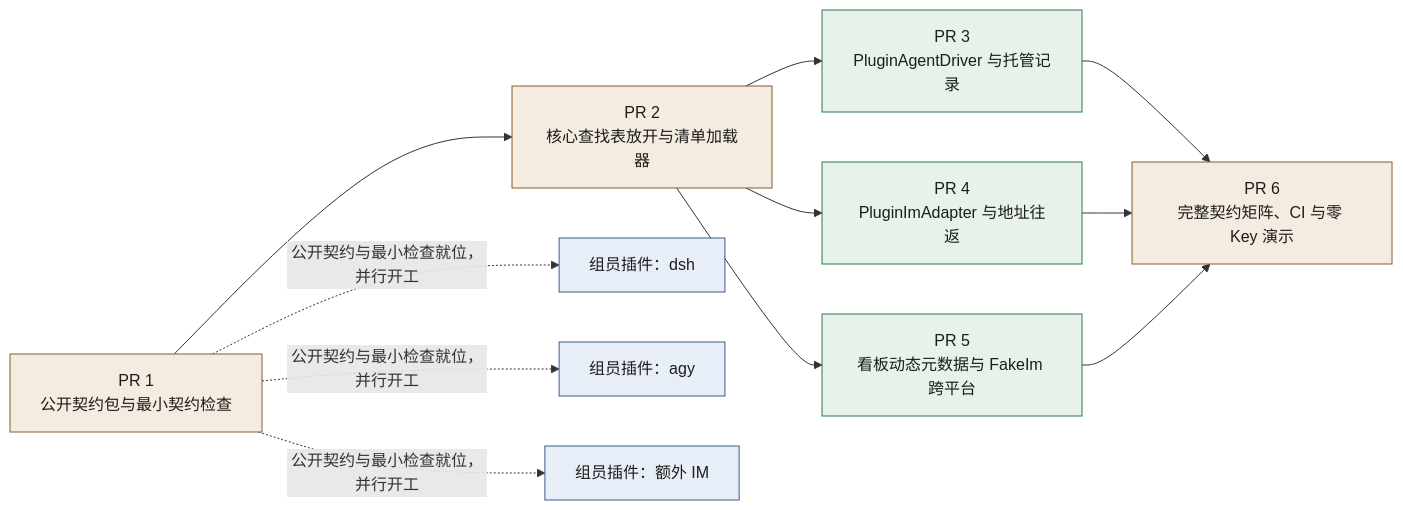
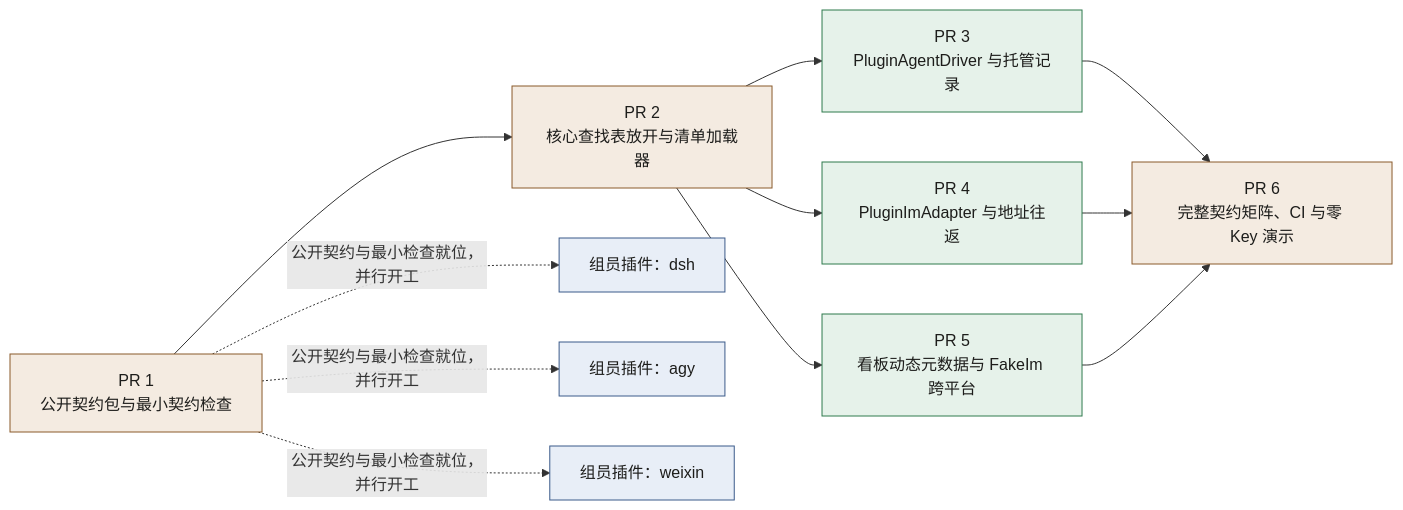
Before and after one commit to Rhapsody0x1/Rhodium-OSS: the third of 3 diagrams in docs/spec/plugins.md, drawn with Mermaid. The commit also changed other lines of this file and 1 other file, not shown here.

````diff
--- a/docs/spec/plugins.md
+++ b/docs/spec/plugins.md
@@ -608,29 +631,29 @@
 ```mermaid
 flowchart LR
   classDef core fill:#f4ebe1,stroke:#8a5a2b,color:#1d1d1b
   classDef par fill:#e6f2ea,stroke:#2f7a4d,color:#1d1d1b
   classDef ext fill:#e8eef7,stroke:#3b5b8a,color:#1d1d1b
 
   P1["PR 1<br/>公开契约包与最小契约检查"]:::core
   P2["PR 2<br/>核心查找表放开与清单加载器"]:::core
   P3["PR 3<br/>PluginAgentDriver 与托管记录"]:::par
   P4["PR 4<br/>PluginImAdapter 与地址往返"]:::par
   P5["PR 5<br/>看板动态元数据与 FakeIm 跨平台"]:::par
   P6["PR 6<br/>完整契约矩阵、CI 与零 Key 演示"]:::core
 
   M1["组员插件：dsh"]:::ext
   M2["组员插件：agy"]:::ext
-  M3["组员插件：额外 IM"]:::ext
+  M3["组员插件：weixin"]:::ext
 
   P1 --> P2
   P2 --> P3
   P2 --> P4
   P2 --> P5
   P3 --> P6
   P4 --> P6
   P5 --> P6
 
   P1 -. "公开契约与最小检查就位，并行开工" .-> M1
   P1 -. "公开契约与最小检查就位，并行开工" .-> M2
   P1 -. "公开契约与最小检查就位，并行开工" .-> M3
 ```
````
